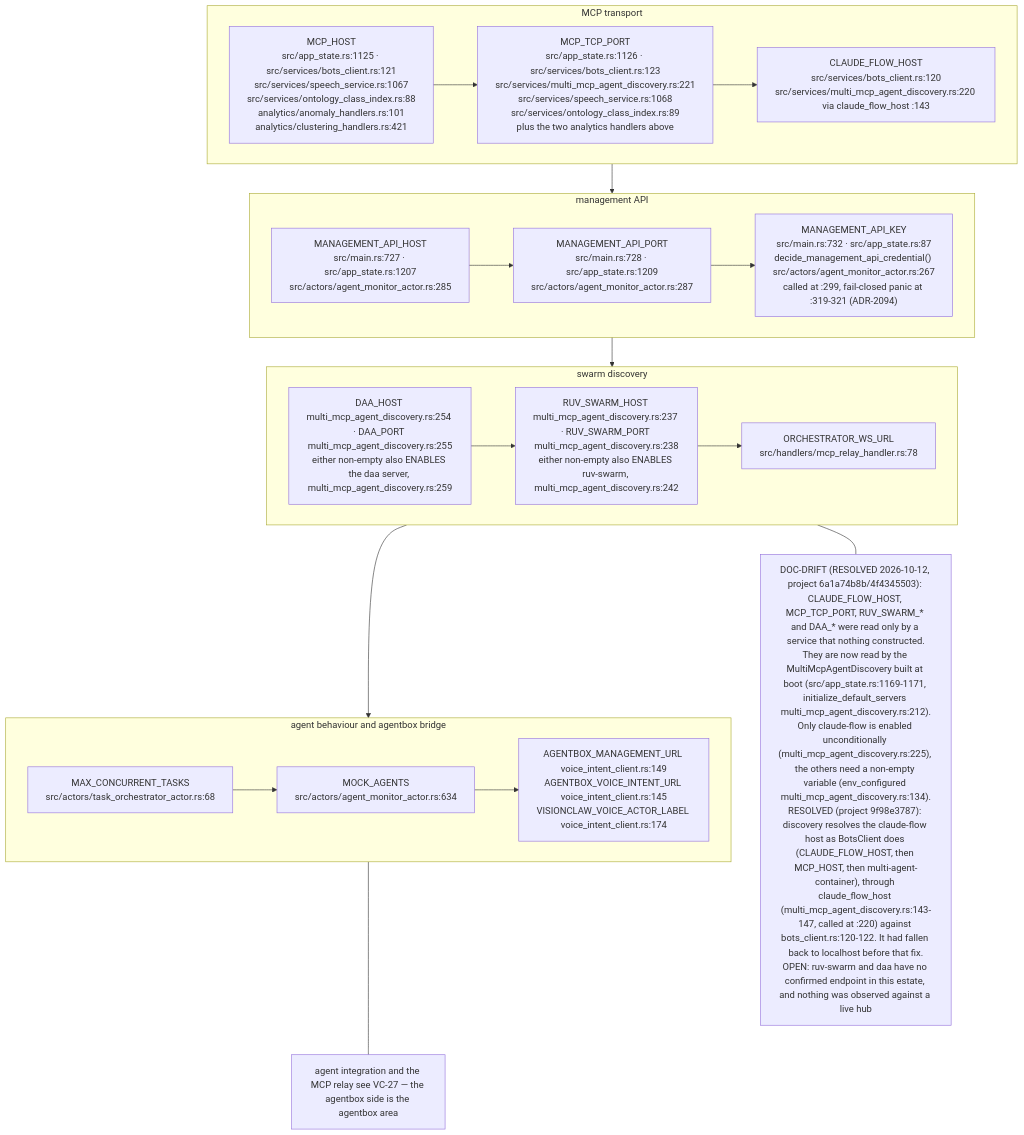
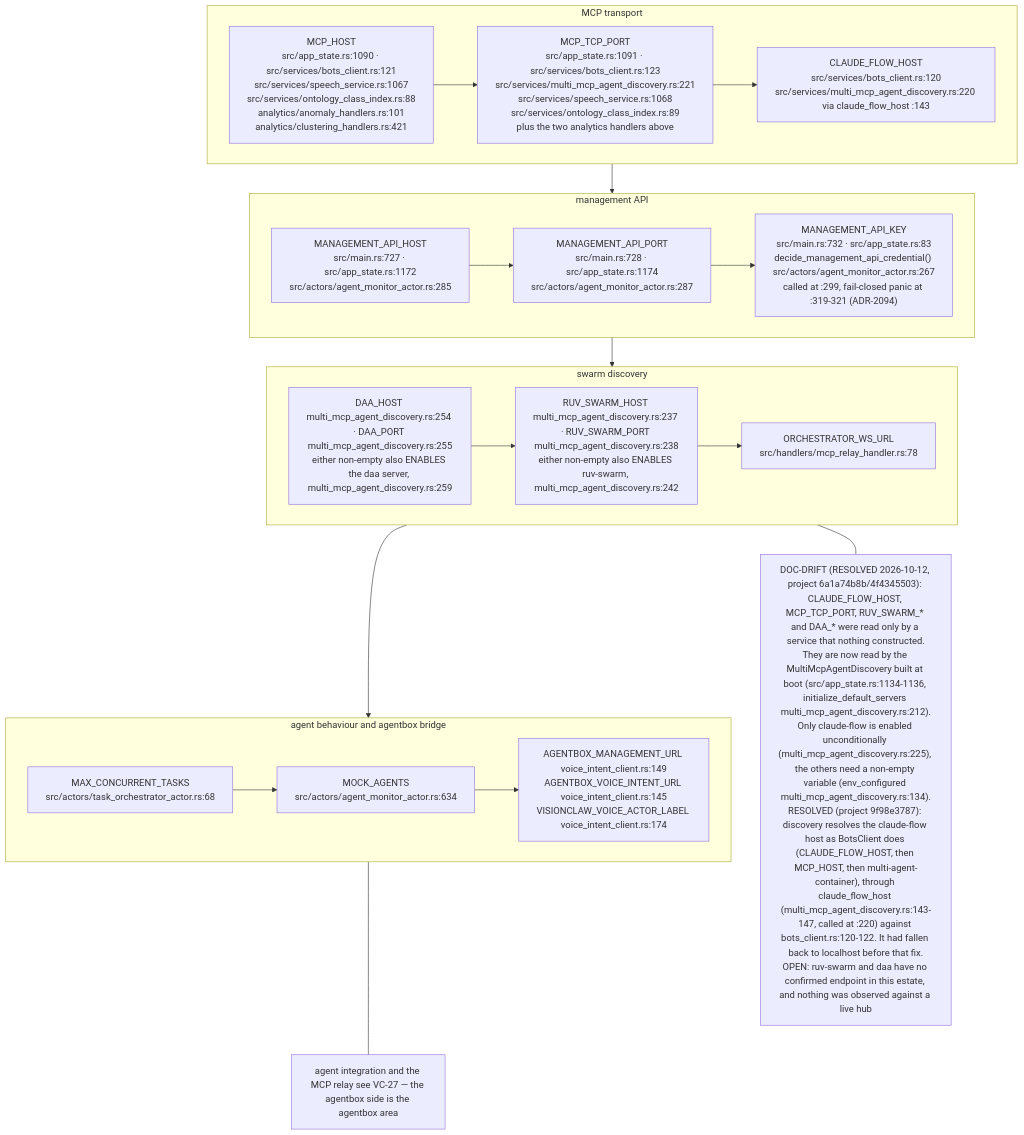
Before and after one commit to DreamLab-AI/VisionFlow: diagram 12 of 16 in docs/diagrams/visionclaw/09-config-and-env-flags.md, drawn with Mermaid. The commit also changed other lines of this file and 7 other files, not shown here.

First line of the commit message:
diagrams(visionclaw): re-verify VC-09..VC-16 at visionclaw 4900ec60

````diff
--- a/docs/diagrams/visionclaw/09-config-and-env-flags.md
+++ b/docs/diagrams/visionclaw/09-config-and-env-flags.md
@@ -493,20 +495,20 @@
 ```mermaid
 flowchart TB
     subgraph MCP["MCP transport"]
-        M1["MCP_HOST<br/>src/app_state.rs:1125 · src/services/bots_client.rs:121<br/>src/services/speech_service.rs:1067<br/>src/services/ontology_class_index.rs:88<br/>analytics/anomaly_handlers.rs:101<br/>analytics/clustering_handlers.rs:421"] --> M2["MCP_TCP_PORT<br/>src/app_state.rs:1126 · src/services/bots_client.rs:123<br/>src/services/multi_mcp_agent_discovery.rs:221<br/>src/services/speech_service.rs:1068<br/>src/services/ontology_class_index.rs:89<br/>plus the two analytics handlers above"] --> M3["CLAUDE_FLOW_HOST<br/>src/services/bots_client.rs:120<br/>src/services/multi_mcp_agent_discovery.rs:220 via claude_flow_host :143"]
+        M1["MCP_HOST<br/>src/app_state.rs:1090 · src/services/bots_client.rs:121<br/>src/services/speech_service.rs:1067<br/>src/services/ontology_class_index.rs:88<br/>analytics/anomaly_handlers.rs:101<br/>analytics/clustering_handlers.rs:421"] --> M2["MCP_TCP_PORT<br/>src/app_state.rs:1091 · src/services/bots_client.rs:123<br/>src/services/multi_mcp_agent_discovery.rs:221<br/>src/services/speech_service.rs:1068<br/>src/services/ontology_class_index.rs:89<br/>plus the two analytics handlers above"] --> M3["CLAUDE_FLOW_HOST<br/>src/services/bots_client.rs:120<br/>src/services/multi_mcp_agent_discovery.rs:220 via claude_flow_host :143"]
     end
     subgraph MGMT["management API"]
-        G1["MANAGEMENT_API_HOST<br/>src/main.rs:727 · src/app_state.rs:1207<br/>src/actors/agent_monitor_actor.rs:285"] --> G2["MANAGEMENT_API_PORT<br/>src/main.rs:728 · src/app_state.rs:1209<br/>src/actors/agent_monitor_actor.rs:287"] --> G3["MANAGEMENT_API_KEY<br/>src/main.rs:732 · src/app_state.rs:87<br/>decide_management_api_credential() src/actors/agent_monitor_actor.rs:267<br/>called at :299, fail-closed panic at :319-321 (ADR-2094)"]
+        G1["MANAGEMENT_API_HOST<br/>src/main.rs:727 · src/app_state.rs:1172<br/>src/actors/agent_monitor_actor.rs:285"] --> G2["MANAGEMENT_API_PORT<br/>src/main.rs:728 · src/app_state.rs:1174<br/>src/actors/agent_monitor_actor.rs:287"] --> G3["MANAGEMENT_API_KEY<br/>src/main.rs:732 · src/app_state.rs:83<br/>decide_management_api_credential() src/actors/agent_monitor_actor.rs:267<br/>called at :299, fail-closed panic at :319-321 (ADR-2094)"]
     end
     subgraph DISC["swarm discovery"]
         D1["DAA_HOST multi_mcp_agent_discovery.rs:254 · DAA_PORT multi_mcp_agent_discovery.rs:255<br/>either non-empty also ENABLES the daa server, multi_mcp_agent_discovery.rs:259"] --> D2["RUV_SWARM_HOST multi_mcp_agent_discovery.rs:237 · RUV_SWARM_PORT multi_mcp_agent_discovery.rs:238<br/>either non-empty also ENABLES ruv-swarm, multi_mcp_agent_discovery.rs:242"] --> D3["ORCHESTRATOR_WS_URL<br/>src/handlers/mcp_relay_handler.rs:78"]
     end
     subgraph AGENTS["agent behaviour and agentbox bridge"]
         A1["MAX_CONCURRENT_TASKS<br/>src/actors/task_orchestrator_actor.rs:68"] --> A2["MOCK_AGENTS<br/>src/actors/agent_monitor_actor.rs:634"] --> A3["AGENTBOX_MANAGEMENT_URL voice_intent_client.rs:149<br/>AGENTBOX_VOICE_INTENT_URL voice_intent_client.rs:145<br/>VISIONCLAW_VOICE_ACTOR_LABEL voice_intent_client.rs:174"]
     end
     MCP --> MGMT --> DISC --> AGENTS
-    NR["DOC-DRIFT (RESOLVED 2026-10-12, project 6a1a74b8b/4f4345503): CLAUDE_FLOW_HOST, MCP_TCP_PORT, RUV_SWARM_* and DAA_* were read only by a service that nothing constructed.<br/>They are now read by the MultiMcpAgentDiscovery built at boot (src/app_state.rs:1169-1171, initialize_default_servers multi_mcp_agent_discovery.rs:212).<br/>Only claude-flow is enabled unconditionally (multi_mcp_agent_discovery.rs:225), the others need a non-empty variable (env_configured multi_mcp_agent_discovery.rs:134).<br/>RESOLVED (project 9f98e3787): discovery resolves the claude-flow host as BotsClient does (CLAUDE_FLOW_HOST, then MCP_HOST, then multi-agent-container), through claude_flow_host (multi_mcp_agent_discovery.rs:143-147, called at :220) against bots_client.rs:120-122. It had fallen back to localhost before that fix.<br/>OPEN: ruv-swarm and daa have no confirmed endpoint in this estate, and nothing was observed against a live hub"]
+    NR["DOC-DRIFT (RESOLVED 2026-10-12, project 6a1a74b8b/4f4345503): CLAUDE_FLOW_HOST, MCP_TCP_PORT, RUV_SWARM_* and DAA_* were read only by a service that nothing constructed.<br/>They are now read by the MultiMcpAgentDiscovery built at boot (src/app_state.rs:1134-1136, initialize_default_servers multi_mcp_agent_discovery.rs:212).<br/>Only claude-flow is enabled unconditionally (multi_mcp_agent_discovery.rs:225), the others need a non-empty variable (env_configured multi_mcp_agent_discovery.rs:134).<br/>RESOLVED (project 9f98e3787): discovery resolves the claude-flow host as BotsClient does (CLAUDE_FLOW_HOST, then MCP_HOST, then multi-agent-container), through claude_flow_host (multi_mcp_agent_discovery.rs:143-147, called at :220) against bots_client.rs:120-122. It had fallen back to localhost before that fix.<br/>OPEN: ruv-swarm and daa have no confirmed endpoint in this estate, and nothing was observed against a live hub"]
     DISC --- NR
     N["agent integration and the MCP relay see VC-27 — the agentbox side is the agentbox area"]
     AGENTS --- N
 ```
````
